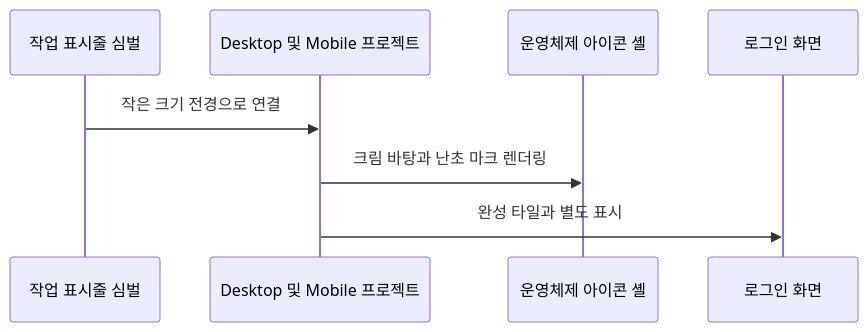
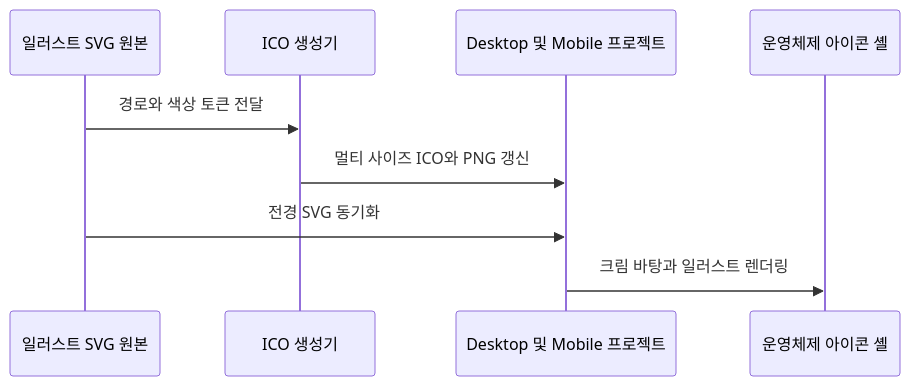
Before and after one commit to ibocon/Orchid.Desktop: the second of 2 diagrams in docs/architecture/orchid-icon-design.md, drawn with Mermaid. The commit also changed other lines of this file and 11 other files, not shown here.

````diff
--- a/docs/architecture/orchid-icon-design.md
+++ b/docs/architecture/orchid-icon-design.md
@@ -52,10 +56,11 @@
 ```mermaid
 sequenceDiagram
-    participant Glyph as 작업 표시줄 심벌
+    participant Source as 일러스트 SVG 원본
+    participant Generator as ICO 생성기
     participant Project as Desktop 및 Mobile 프로젝트
     participant Shell as 운영체제 아이콘 셸
-    participant Login as 로그인 화면
-    Glyph->>Project: 작은 크기 전경으로 연결
-    Project->>Shell: 크림 바탕과 난초 마크 렌더링
-    Project->>Login: 완성 타일과 별도 표시
+    Source->>Generator: 경로와 색상 토큰 전달
+    Generator->>Project: 멀티 사이즈 ICO와 PNG 갱신
+    Source->>Project: 전경 SVG 동기화
+    Project->>Shell: 크림 바탕과 일러스트 렌더링
 ```
````
